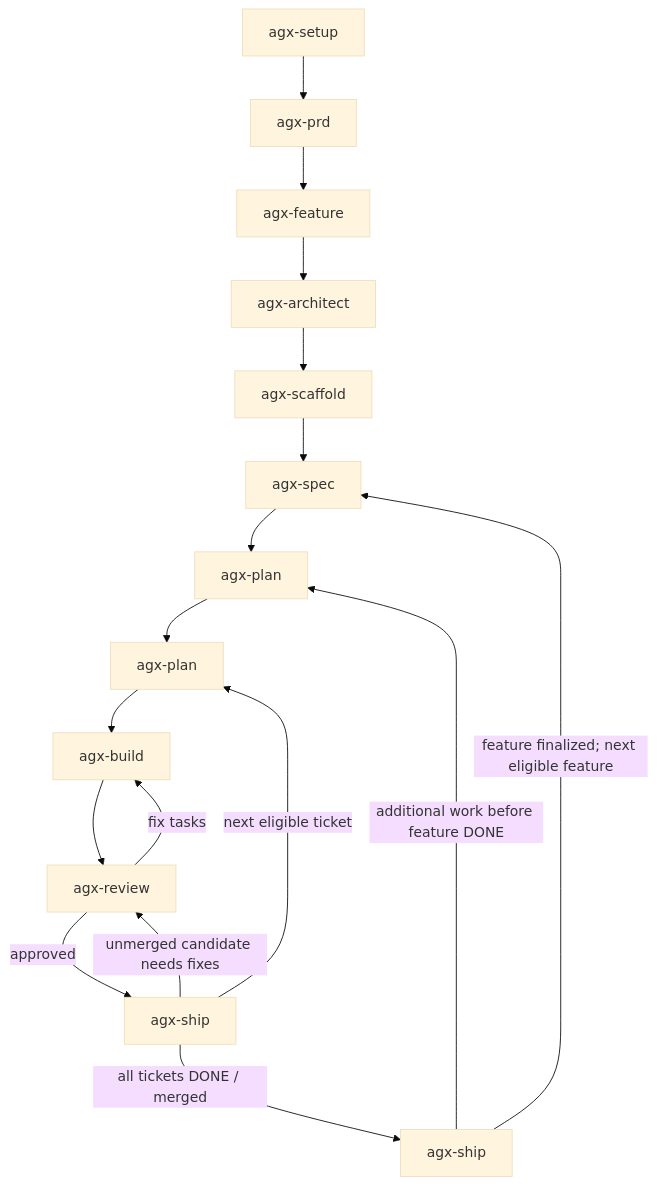
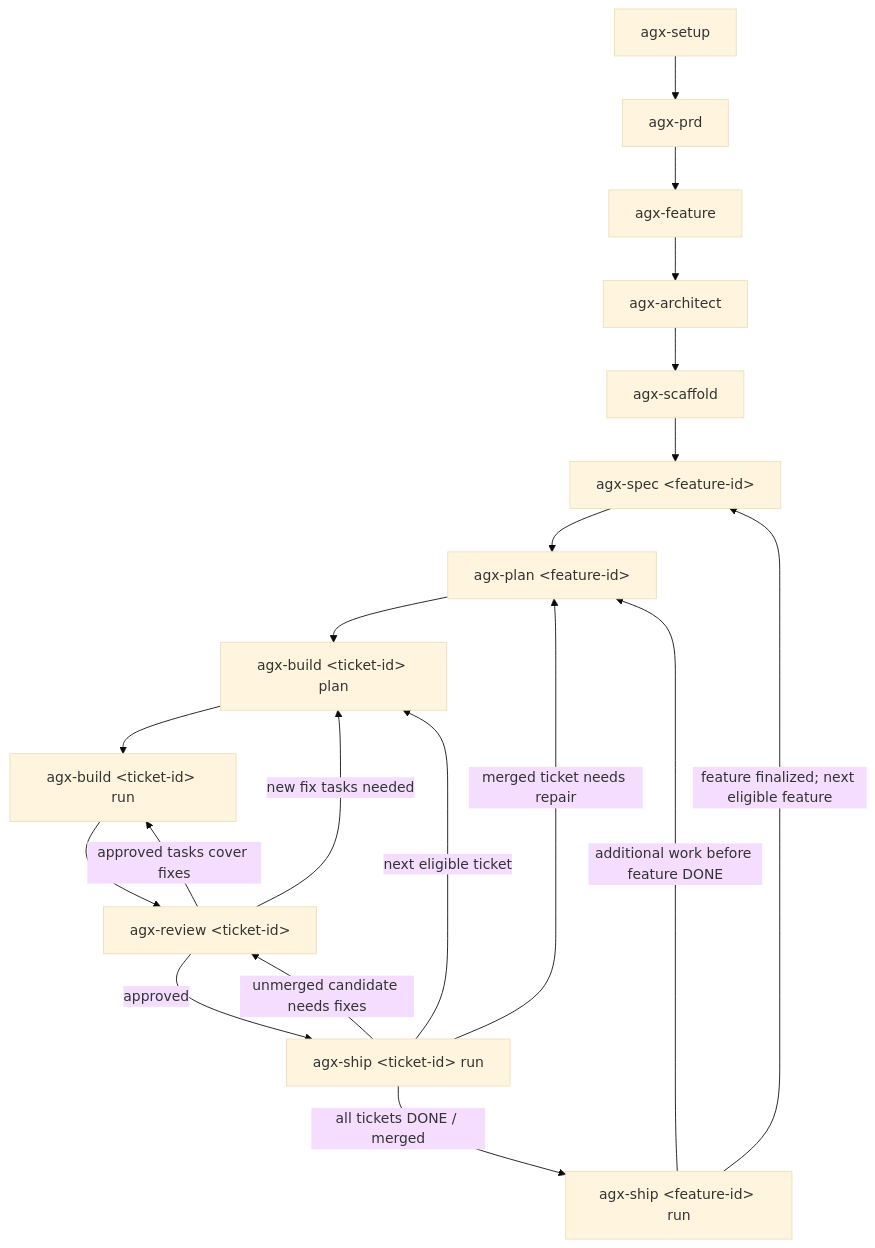
The diagram in docs/agenix-proposal.md (phatnguyen975/agenix), drawn with Mermaid (base theme) before and after one commit. The commit also changed other lines of this file and 1 other file, not shown here.

First line of the commit message:
docs(agenix): approve v1 proposal and plan

````diff
--- a/docs/agenix-proposal.md
+++ b/docs/agenix-proposal.md
@@ -80,19 +87,21 @@
 ```mermaid
 flowchart TD
     SETUP["agx-setup"] --> PRD["agx-prd"]
     PRD --> FEATURE["agx-feature"]
     FEATURE --> ARCH["agx-architect"]
     ARCH --> SCAFFOLD["agx-scaffold"]
-    SCAFFOLD --> SPEC["agx-spec <feature-id>"]
-    SPEC --> PF["agx-plan <feature-id>"]
-    PF --> PT["agx-plan <ticket-id>"]
-    PT --> BUILD["agx-build <ticket-id>"]
-    BUILD --> REVIEW["agx-review <ticket-id>"]
-    REVIEW -->|"fix tasks"| BUILD
-    REVIEW -->|"approved"| SHIP["agx-ship <ticket-id>"]
+    SCAFFOLD --> SPEC["agx-spec &lt;feature-id&gt;"]
+    SPEC --> PF["agx-plan &lt;feature-id&gt;"]
+    PF --> PT["agx-build &lt;ticket-id&gt; plan"]
+    PT --> BUILD["agx-build &lt;ticket-id&gt; run"]
+    BUILD --> REVIEW["agx-review &lt;ticket-id&gt;"]
+    REVIEW -->|"new fix tasks needed"| PT
+    REVIEW -->|"approved tasks cover fixes"| BUILD
+    REVIEW -->|"approved"| SHIP["agx-ship &lt;ticket-id&gt; run"]
     SHIP -->|"unmerged candidate needs fixes"| REVIEW
+    SHIP -->|"merged ticket needs repair"| PF
     SHIP -->|"next eligible ticket"| PT
-    SHIP -->|"all tickets DONE / merged"| FS["agx-ship <feature-id>"]
+    SHIP -->|"all tickets DONE / merged"| FS["agx-ship &lt;feature-id&gt; run"]
     FS -->|"additional work before feature DONE"| PF
     FS -->|"feature finalized; next eligible feature"| SPEC
 ```
````
